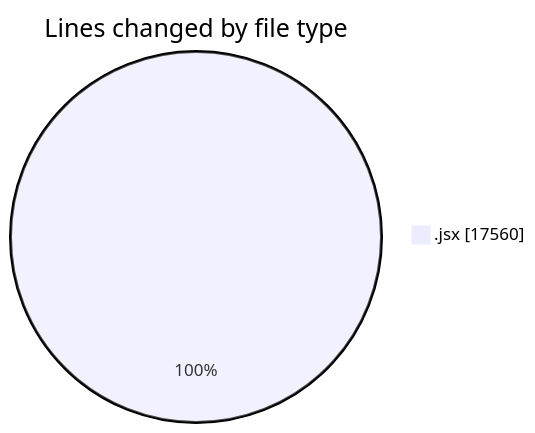
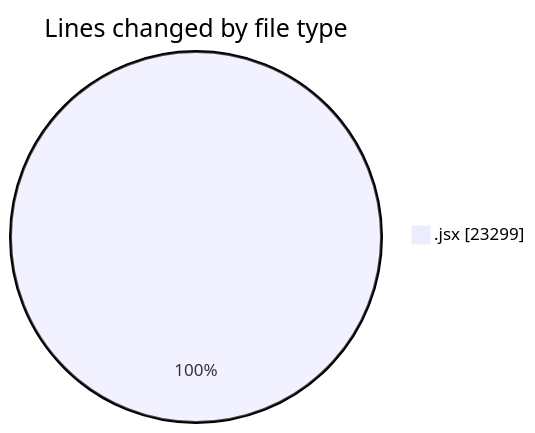
Before and after one commit to nxtqubesakshisongat/code-tracking: the first of 2 diagrams in 2025-09-29/nxtqube_webapp/README.md, drawn with Mermaid. The commit also changed other lines of this file and 1 other file, not shown here.

````diff
--- a/2025-09-29/nxtqube_webapp/README.md
+++ b/2025-09-29/nxtqube_webapp/README.md
@@ -20,5 +20,5 @@
 ```mermaid
 pie showData
 title Lines changed by file type
-".jsx" : 17560
+".jsx" : 23299
 ```
````
